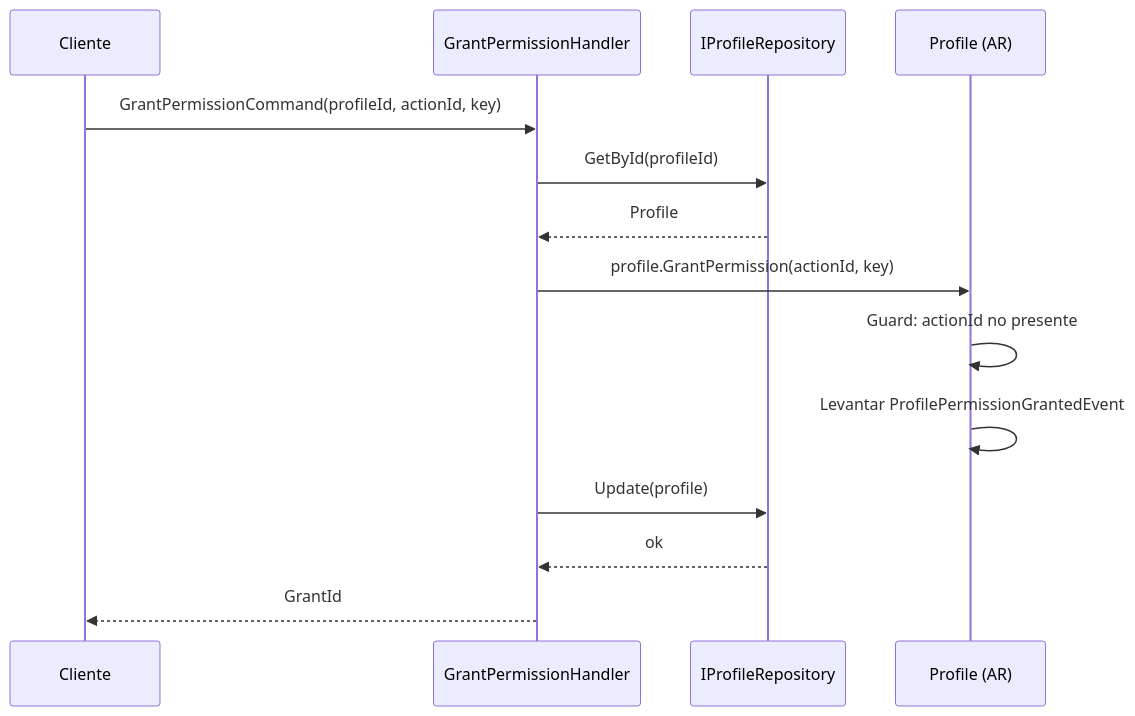
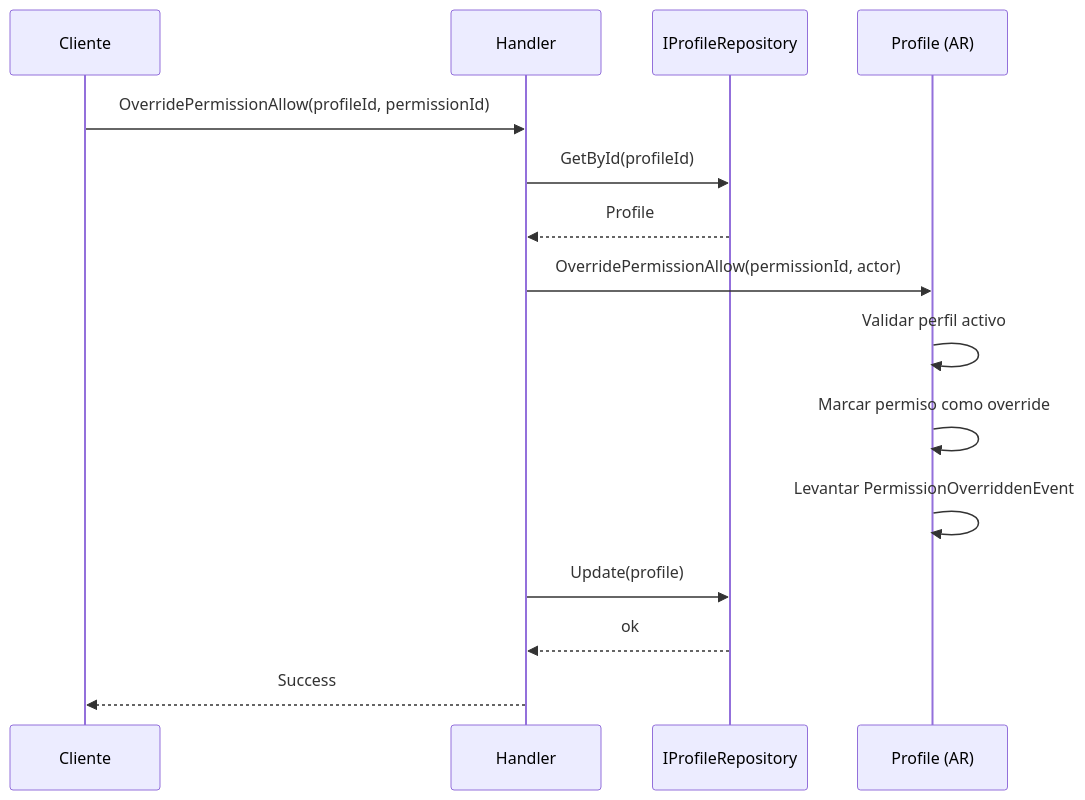
Before and after one commit to beyondnetcode/ums: the third of 4 diagrams in docs/domain-es/authorization/profile.md, drawn with Mermaid. The commit also changed other lines of this file and 19 other files, not shown here.

````diff
--- a/docs/domain-es/authorization/profile.md
+++ b/docs/domain-es/authorization/profile.md
@@ -147,17 +157,18 @@
 ```mermaid
 sequenceDiagram
     participant C as Cliente
-    participant H as GrantPermissionHandler
+    participant H as Handler
     participant R as IProfileRepository
     participant P as Profile (AR)
 
-    C->>H: GrantPermissionCommand(profileId, actionId, key)
+    C->>H: OverridePermissionAllow(profileId, permissionId)
     H->>R: GetById(profileId)
     R-->>H: Profile
-    H->>P: profile.GrantPermission(actionId, key)
-    P->>P: Guard: actionId no presente
-    P->>P: Levantar ProfilePermissionGrantedEvent
+    H->>P: OverridePermissionAllow(permissionId, actor)
+    P->>P: Validar perfil activo
+    P->>P: Marcar permiso como override
+    P->>P: Levantar PermissionOverriddenEvent
     H->>R: Update(profile)
     R-->>H: ok
-    H-->>C: GrantId
+    H-->>C: Success
 ```
````
